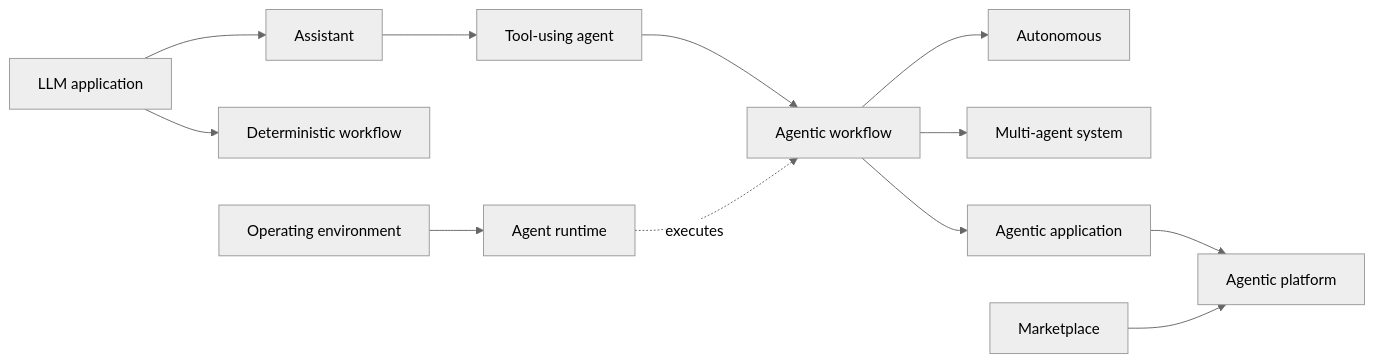
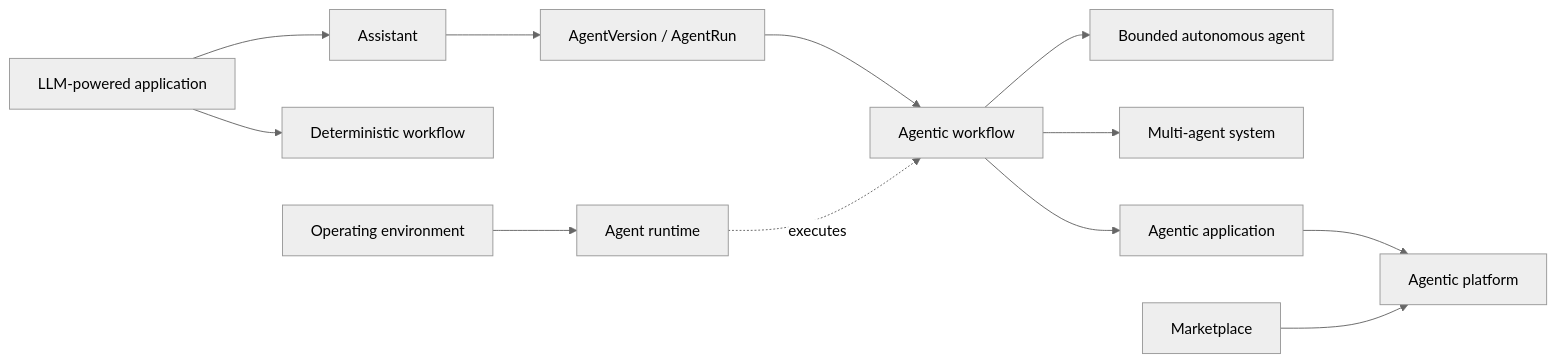
Before and after one commit to thaithienvanid/agentic-reference-architecture: the first of 15 diagrams in diagrams/index.mdx, drawn with Mermaid (neutral theme). The commit also changed other lines of this file, not shown here.

Commit message:
align diagram pack with canonical documentation and runtime model

````diff
--- a/diagrams/index.mdx
+++ b/diagrams/index.mdx
@@ -10,14 +12,14 @@
 ```mermaid
 flowchart LR
-  LLM["LLM application"] --> Assistant
+  LLM["LLM-powered application"] --> Assistant
   LLM --> Deterministic["Deterministic workflow"]
-  Assistant --> ToolAgent["Tool-using agent"]
-  ToolAgent --> Agentic["Agentic workflow"]
-  Agentic --> Autonomous
+  Assistant --> Agent["AgentVersion / AgentRun"]
+  Agent --> Agentic["Agentic workflow"]
+  Agentic --> Autonomous["Bounded autonomous agent"]
   Agentic --> Multi["Multi-agent system"]
   Runtime["Agent runtime"] -. executes .-> Agentic
   Environment["Operating environment"] --> Runtime
   Agentic --> App["Agentic application"]
   App --> Platform["Agentic platform"]
   Marketplace --> Platform
 ```
````
